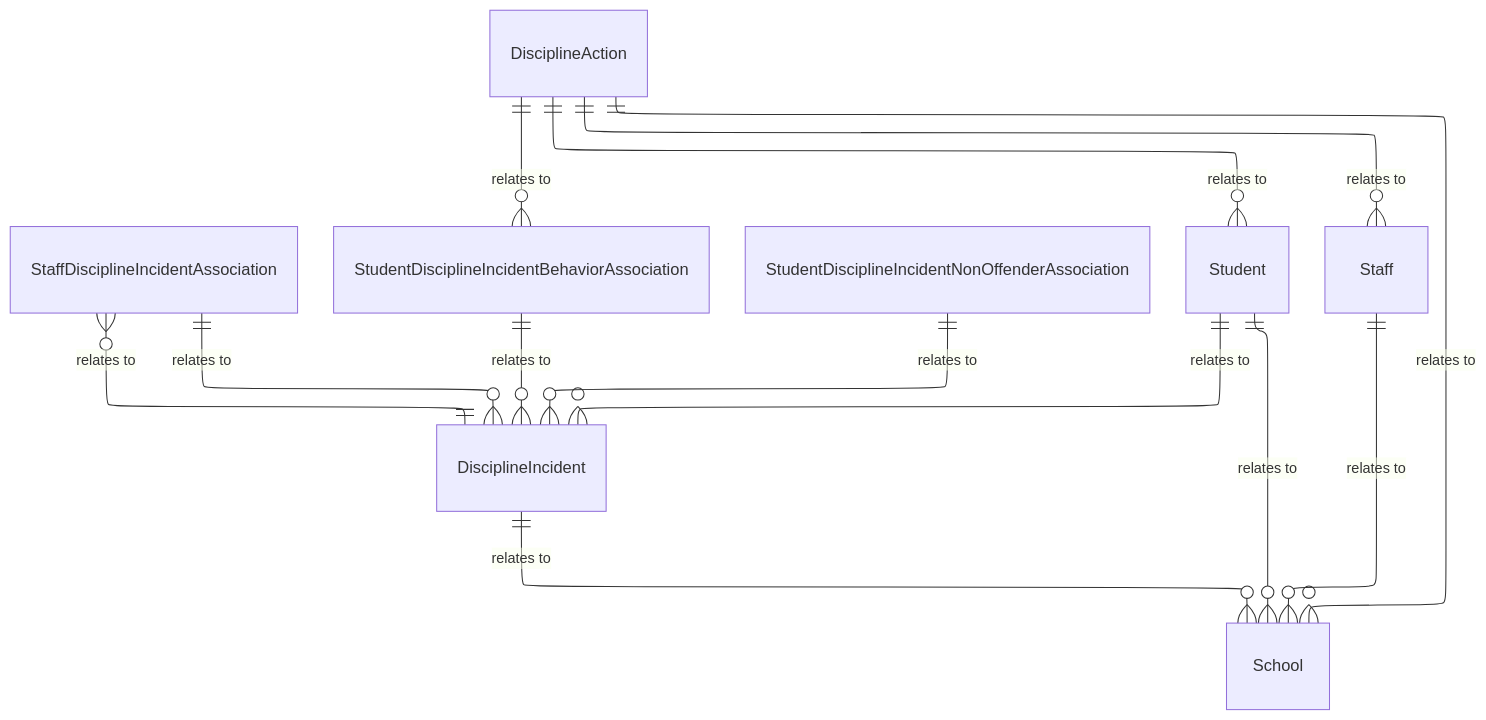
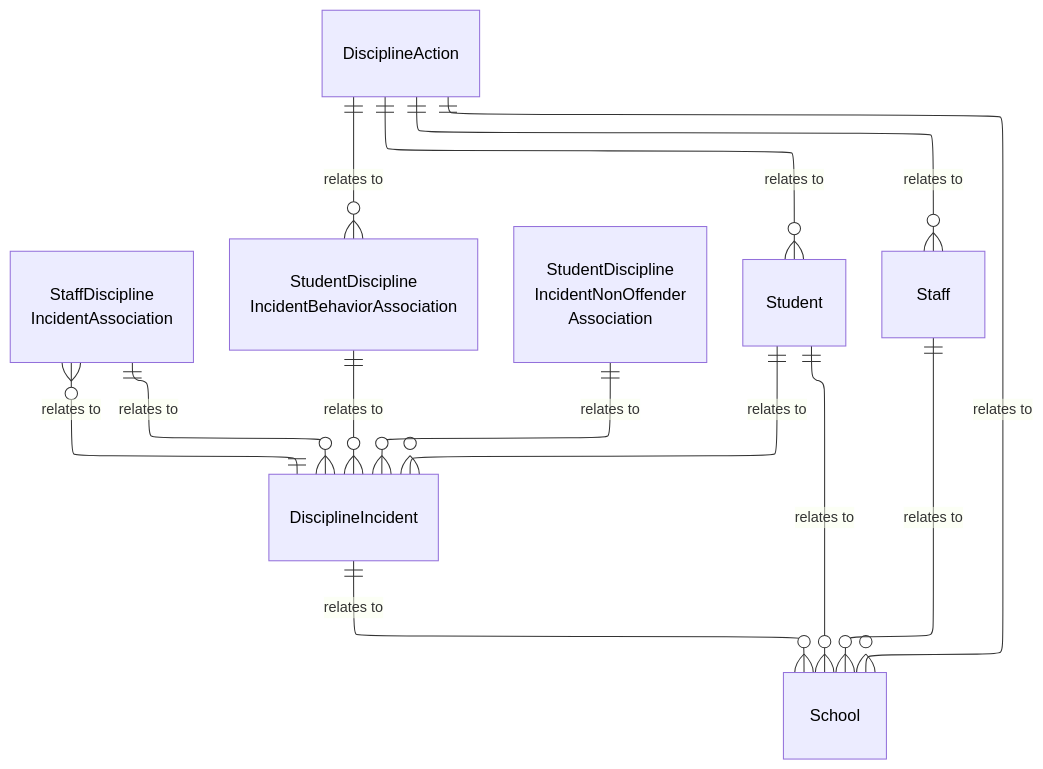
One commit to Ed-Fi-Alliance-OSS/ed-fi-alliance-oss.github.io changed the diagram in dataStandard_versioned_docs/version-6/model-reference/discipline-domain/model-diagrams.md. Above: the diagram before and after it, drawn with Mermaid. The commit also changed 24 other files, not shown here.

````diff
--- a/dataStandard_versioned_docs/version-6/model-reference/discipline-domain/model-diagrams.md
+++ b/dataStandard_versioned_docs/version-6/model-reference/discipline-domain/model-diagrams.md
@@ -10,37 +10,43 @@
 ```mermaid
 ---
-
 config:
   layout: elk
 ---
-
 erDiagram
     DisciplineIncident {
     }
     DisciplineAction {
     }
-    StaffDisciplineIncidentAssociation {
+    StaffDisciplineIncidentAssociation["StaffDiscipline<br/>IncidentAssociation"] {
     }
-    StudentDisciplineIncidentBehaviorAssociation {
+    StudentDisciplineIncidentBehaviorAssociation["StudentDiscipline<br/>IncidentBehaviorAssociation"] {
     }
-    StudentDisciplineIncidentNonOffenderAssociation {
+    StudentDisciplineIncidentNonOffenderAssociation["StudentDiscipline<br/>IncidentNonOffender<br/>Association"] {
     }
     Student {
     }
     Staff {
     }
     School {
     }
     Student ||--o{ School : "relates to"
     Student ||--o{ DisciplineIncident : "relates to"
     DisciplineAction ||--o{ Student : "relates to"
     DisciplineAction ||--o{ StudentDisciplineIncidentBehaviorAssociation : "relates to"
     DisciplineAction ||--o{ Staff : "relates to"
     DisciplineAction ||--o{ School : "relates to"
     DisciplineIncident ||--o{ School : "relates to"
     DisciplineIncident ||--o{ StaffDisciplineIncidentAssociation : "relates to"
     StaffDisciplineIncidentAssociation ||--o{ DisciplineIncident : "relates to"
     StudentDisciplineIncidentBehaviorAssociation ||--o{ DisciplineIncident : "relates to"
     StudentDisciplineIncidentNonOffenderAssociation ||--o{ DisciplineIncident : "relates to"
     Staff ||--o{ School : "relates to"
+    style DisciplineIncident color:#000000
+    style DisciplineAction color:#000000
+    style StaffDisciplineIncidentAssociation color:#000000
+    style StudentDisciplineIncidentBehaviorAssociation color:#000000
+    style StudentDisciplineIncidentNonOffenderAssociation color:#000000
+    style Student color:#000000
+    style Staff color:#000000
+    style School color:#000000
 ```
````
